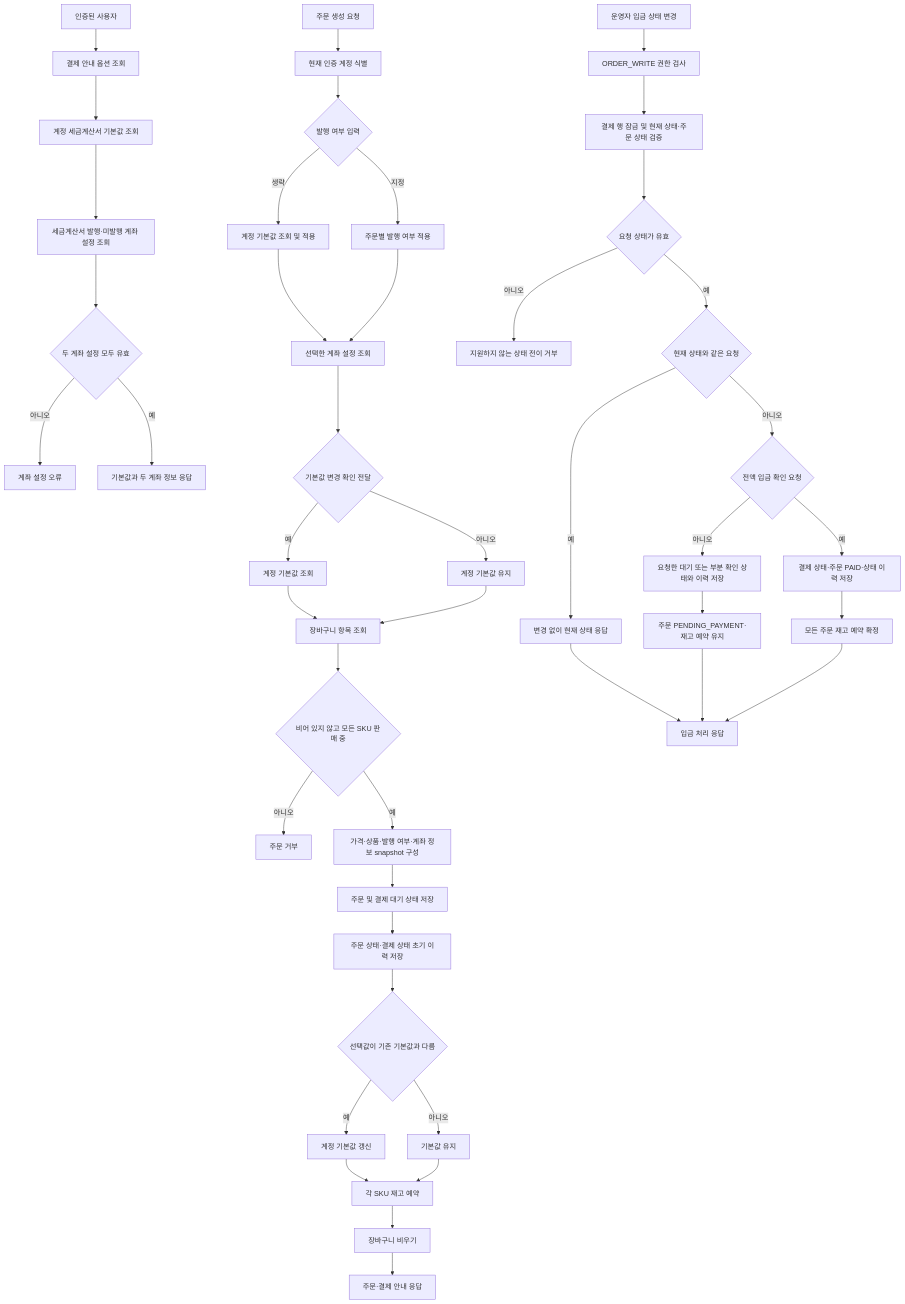
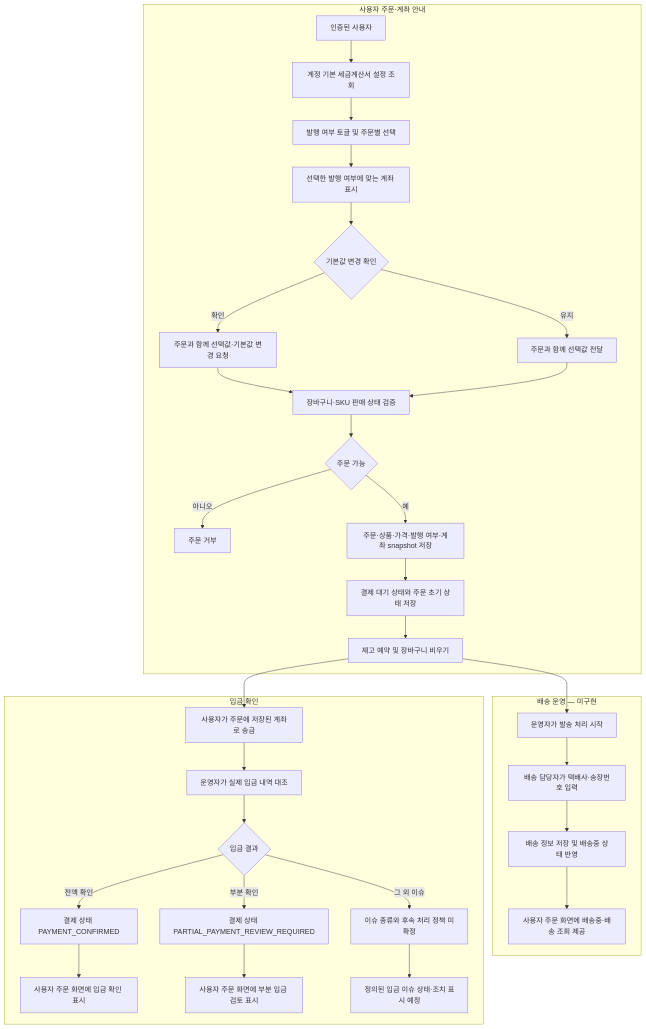
One commit to DongHyeonEom/umji-market-api changed the first of 2 diagrams in docs/services/order.md. Above: the diagram before and after it, drawn with Mermaid. The commit also changed other lines of this file and 4 other files, not shown here.

Commit message:
docs: clarify independent order payment and shipping flows

````diff
--- a/docs/services/order.md
+++ b/docs/services/order.md
@@ -5,48 +10,37 @@
 ```mermaid
 flowchart TD
-    A[인증된 사용자] --> B[결제 안내 옵션 조회]
-    B --> C[계정 세금계산서 기본값 조회]
-    C --> D[세금계산서 발행·미발행 계좌 설정 조회]
-    D --> E{두 계좌 설정 모두 유효}
-    E -- 아니오 --> F[계좌 설정 오류]
-    E -- 예 --> G[기본값과 두 계좌 정보 응답]
+    subgraph CHECKOUT[사용자 주문·계좌 안내]
+        A[인증된 사용자] --> B[계정 기본 세금계산서 설정 조회]
+        B --> C[발행 여부 토글 및 주문별 선택]
+        C --> D[선택한 발행 여부에 맞는 계좌 표시]
+        D --> E{기본값 변경 확인}
+        E -- 확인 --> F[주문과 함께 선택값·기본값 변경 요청]
+        E -- 유지 --> G[주문과 함께 선택값 전달]
+        F --> H[장바구니·SKU 판매 상태 검증]
+        G --> H
+        H --> I{주문 가능}
+        I -- 아니오 --> J[주문 거부]
+        I -- 예 --> K[주문·상품·가격·발행 여부·계좌 snapshot 저장]
+        K --> L[결제 대기 상태와 주문 초기 상태 저장]
+        L --> M[재고 예약 및 장바구니 비우기]
+    end
 
-    H[주문 생성 요청] --> I[현재 인증 계정 식별]
-    I --> J{발행 여부 입력}
-    J -- 생략 --> K[계정 기본값 조회 및 적용]
-    J -- 지정 --> L[주문별 발행 여부 적용]
-    K --> M[선택한 계좌 설정 조회]
-    L --> M
-    M --> N{기본값 변경 확인 전달}
-    N -- 예 --> O[계정 기본값 조회]
-    N -- 아니오 --> P[계정 기본값 유지]
-    O --> Q[장바구니 항목 조회]
-    P --> Q
-    Q --> R{비어 있지 않고 모든 SKU 판매 중}
-    R -- 아니오 --> ERR[주문 거부]
-    R -- 예 --> S[가격·상품·발행 여부·계좌 정보 snapshot 구성]
-    S --> T[주문 및 결제 대기 상태 저장]
-    T --> U[주문 상태·결제 상태 초기 이력 저장]
-    U --> V{선택값이 기존 기본값과 다름}
-    V -- 예 --> W[계정 기본값 갱신]
-    V -- 아니오 --> KEEP[기본값 유지]
-    W --> Y[각 SKU 재고 예약]
-    KEEP --> Y
-    Y --> Z[장바구니 비우기]
-    Z --> AA[주문·결제 안내 응답]
+    subgraph SHIPPING[배송 운영 — 미구현]
+        M --> N[운영자가 발송 처리 시작]
+        N --> O[배송 담당자가 택배사·송장번호 입력]
+        O --> P[배송 정보 저장 및 배송중 상태 반영]
+        P --> Q[사용자 주문 화면에 배송중·배송 조회 제공]
+    end
 
-    AC[운영자 입금 상태 변경] --> AD[ORDER_WRITE 권한 검사]
-    AD --> AE[결제 행 잠금 및 현재 상태·주문 상태 검증]
-    AE --> AF{요청 상태가 유효}
-    AF -- 아니오 --> ERR2[지원하지 않는 상태 전이 거부]
-    AF -- 예 --> AG{현재 상태와 같은 요청}
-    AG -- 예 --> AH[변경 없이 현재 상태 응답]
-    AG -- 아니오 --> AI{전액 입금 확인 요청}
-    AI -- 아니오 --> AJ[요청한 대기 또는 부분 확인 상태와 이력 저장]
-    AJ --> AK[주문 PENDING_PAYMENT·재고 예약 유지]
-    AI -- 예 --> AL[결제 상태·주문 PAID·상태 이력 저장]
-    AL --> AM[모든 주문 재고 예약 확정]
-    AH --> AN[입금 처리 응답]
-    AK --> AN
-    AM --> AN
+    subgraph PAYMENT[입금 확인]
+        M --> R[사용자가 주문에 저장된 계좌로 송금]
+        R --> S[운영자가 실제 입금 내역 대조]
+        S --> T{입금 결과}
+        T -- 전액 확인 --> U[결제 상태 PAYMENT_CONFIRMED]
+        T -- 부분 확인 --> V[결제 상태 PARTIAL_PAYMENT_REVIEW_REQUIRED]
+        T -- 그 외 이슈 --> W[이슈 종류와 후속 처리 정책 미확정]
+        U --> X[사용자 주문 화면에 입금 확인 표시]
+        V --> Y[사용자 주문 화면에 부분 입금 검토 표시]
+        W --> Z[정의된 입금 이슈 상태·조치 표시 예정]
+    end
 ```
````
